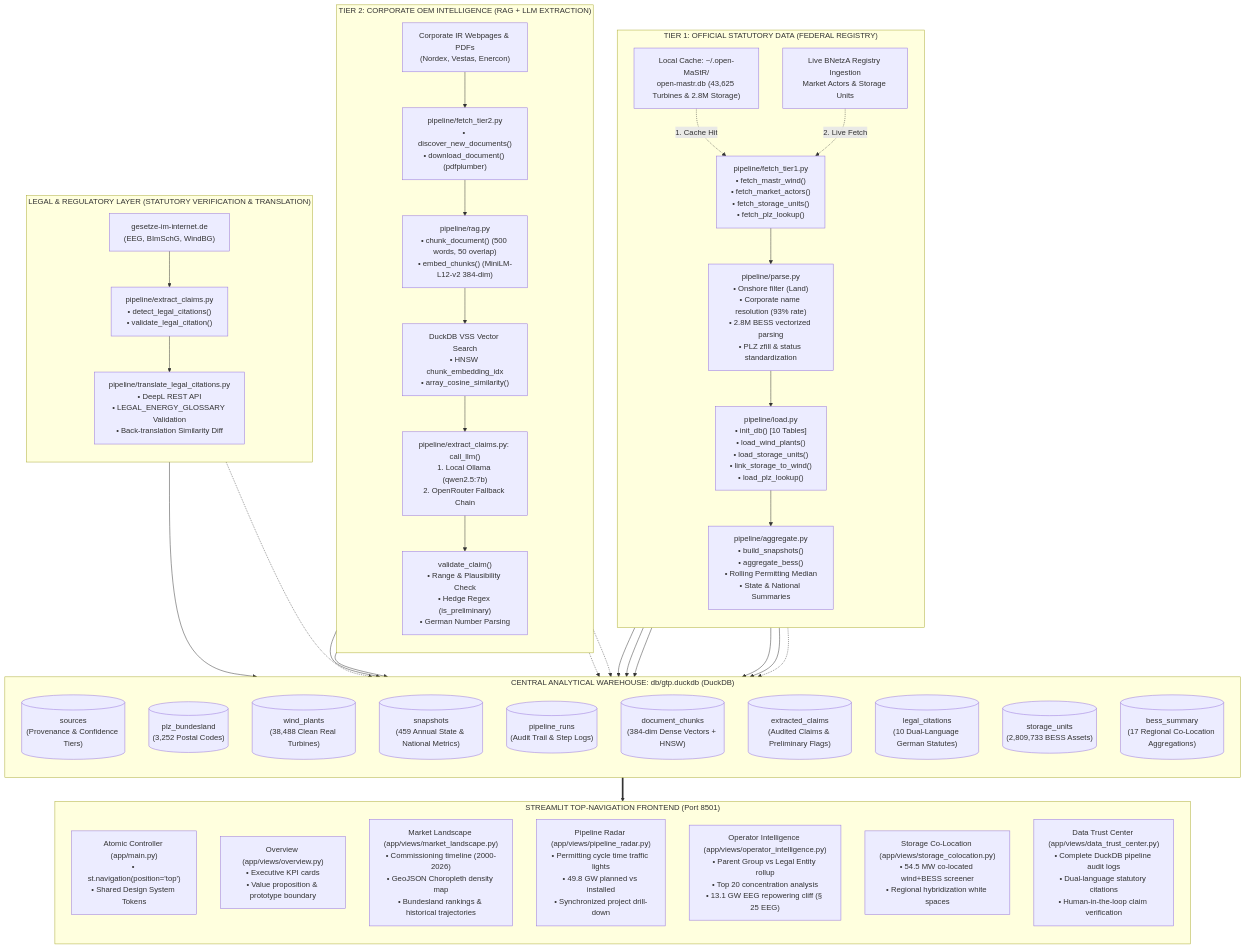
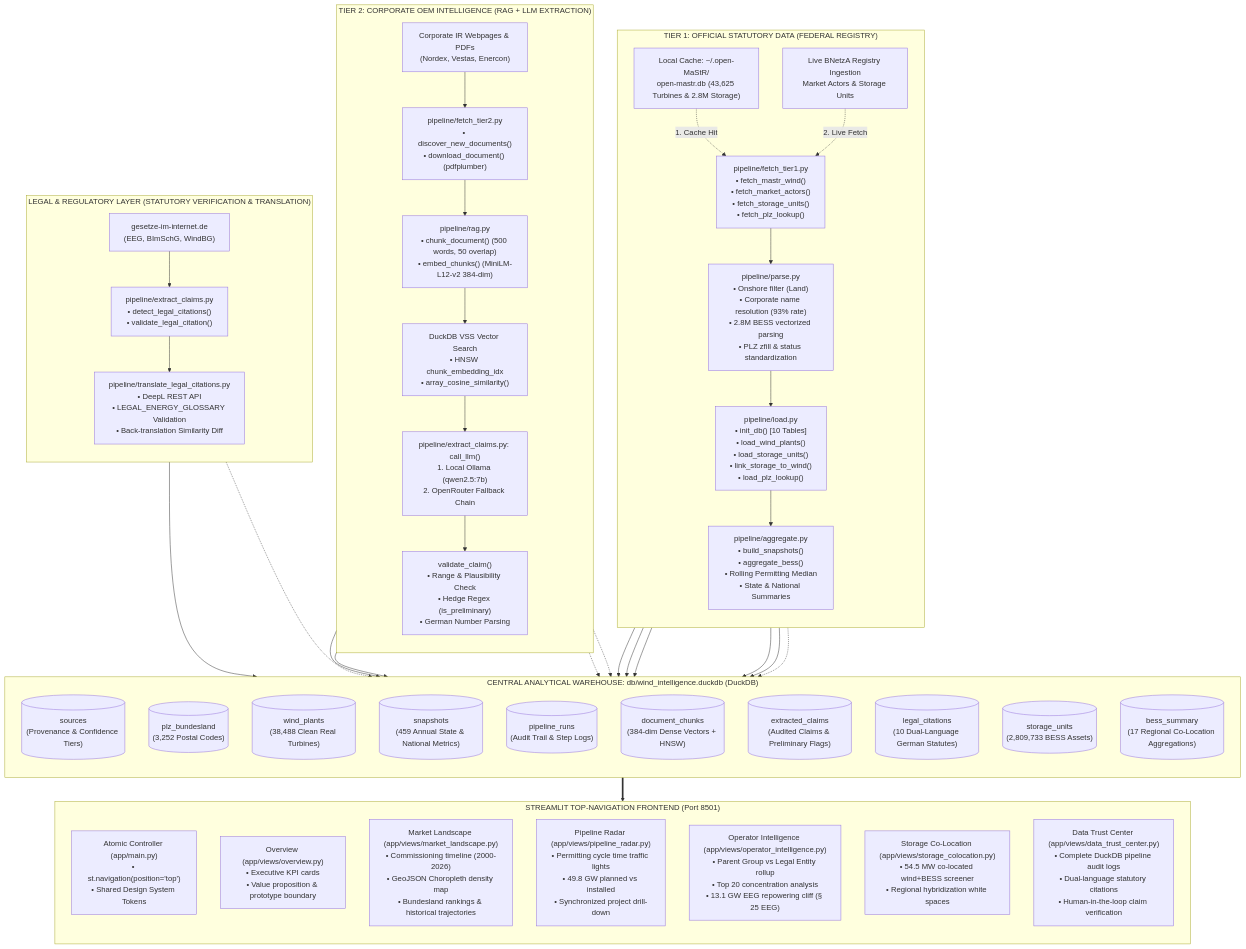
The diagram in docs/SYSTEM_ARCHITECTURE_AND_DEEP_DIVE.md (gaurav-619/gtp-wind-intelligence), drawn with Mermaid before and after one commit. The commit also changed other lines of this file and 36 other files, not shown here.

Commit message:
rebrand: remove GTP references and standardize to Wind Intelligence Platform

````diff
--- a/docs/SYSTEM_ARCHITECTURE_AND_DEEP_DIVE.md
+++ b/docs/SYSTEM_ARCHITECTURE_AND_DEEP_DIVE.md
@@ -312,74 +312,74 @@
 ```mermaid
 flowchart TD
     subgraph Tier1["TIER 1: OFFICIAL STATUTORY DATA (FEDERAL REGISTRY)"]
         direction TB
         M1_Cache["Local Cache: ~/.open-MaStR/<br/>open-mastr.db (43,625 Turbines & 2.8M Storage)"]
         M1_Live["Live BNetzA Registry Ingestion<br/>Market Actors & Storage Units"]
         
         M1_Cache -.->|1. Cache Hit| F1
         M1_Live -.->|2. Live Fetch| F1
         
         F1["pipeline/fetch_tier1.py<br/>• fetch_mastr_wind()<br/>• fetch_market_actors()<br/>• fetch_storage_units()<br/>• fetch_plz_lookup()"]
         P1["pipeline/parse.py<br/>• Onshore filter (Land)<br/>• Corporate name resolution (93% rate)<br/>• 2.8M BESS vectorized parsing<br/>• PLZ zfill & status standardization"]
         L1["pipeline/load.py<br/>• init_db() [10 Tables]<br/>• load_wind_plants()<br/>• load_storage_units()<br/>• link_storage_to_wind()<br/>• load_plz_lookup()"]
         A1["pipeline/aggregate.py<br/>• build_snapshots()<br/>• aggregate_bess()<br/>• Rolling Permitting Median<br/>• State & National Summaries"]
         
         F1 --> P1 --> L1 --> A1
     end
 
     subgraph Tier2["TIER 2: CORPORATE OEM INTELLIGENCE (RAG + LLM EXTRACTION)"]
         direction TB
         M2["Corporate IR Webpages & PDFs<br/>(Nordex, Vestas, Enercon)"] --> F2["pipeline/fetch_tier2.py<br/>• discover_new_documents()<br/>• download_document() (pdfplumber)"]
         F2 --> R2["pipeline/rag.py<br/>• chunk_document() (500 words, 50 overlap)<br/>• embed_chunks() (MiniLM-L12-v2 384-dim)"]
         R2 --> V2["DuckDB VSS Vector Search<br/>• HNSW chunk_embedding_idx<br/>• array_cosine_similarity()"]
         
         V2 --> LLM_Inference["pipeline/extract_claims.py: call_llm()<br/>1. Local Ollama (qwen2.5:7b)<br/>2. OpenRouter Fallback Chain"]
         LLM_Inference --> Val["validate_claim()<br/>• Range & Plausibility Check<br/>• Hedge Regex (is_preliminary)<br/>• German Number Parsing"]
     end
 
     subgraph Tier3["LEGAL & REGULATORY LAYER (STATUTORY VERIFICATION & TRANSLATION)"]
         direction TB
         M3["gesetze-im-internet.de<br/>(EEG, BImSchG, WindBG)"] --> F3["pipeline/extract_claims.py<br/>• detect_legal_citations()<br/>• validate_legal_citation()"]
         F3 --> Trans["pipeline/translate_legal_citations.py<br/>• DeepL REST API<br/>• LEGAL_ENERGY_GLOSSARY Validation<br/>• Back-translation Similarity Diff"]
     end
 
-    subgraph Storage["CENTRAL ANALYTICAL WAREHOUSE: db/gtp.duckdb (DuckDB)"]
+    subgraph Storage["CENTRAL ANALYTICAL WAREHOUSE: db/wind_intelligence.duckdb (DuckDB)"]
         direction TB
         T_SRC[("sources<br/>(Provenance & Confidence Tiers)")]
         T_PLZ[("plz_bundesland<br/>(3,252 Postal Codes)")]
         T_WP[("wind_plants<br/>(38,488 Clean Real Turbines)")]
         T_SNP[("snapshots<br/>(459 Annual State & National Metrics)")]
         T_RUN[("pipeline_runs<br/>(Audit Trail & Step Logs)")]
         T_CHK[("document_chunks<br/>(384-dim Dense Vectors + HNSW)")]
         T_CLM[("extracted_claims<br/>(Audited Claims & Preliminary Flags)")]
         T_LEG[("legal_citations<br/>(10 Dual-Language German Statutes)")]
         T_STO[("storage_units<br/>(2,809,733 BESS Assets)")]
         T_BES[("bess_summary<br/>(17 Regional Co-Location Aggregations)")]
     end
 
     subgraph Frontend["STREAMLIT TOP-NAVIGATION FRONTEND (Port 8501)"]
         direction TB
         UI_MAIN["Atomic Controller (app/main.py)<br/>• st.navigation(position='top')<br/>• Shared Design System Tokens"]
         UI_OVW["Overview (app/views/overview.py)<br/>• Executive KPI cards<br/>• Value proposition & prototype boundary"]
         UI_MKT["Market Landscape (app/views/market_landscape.py)<br/>• Commissioning timeline (2000-2026)<br/>• GeoJSON Choropleth density map<br/>• Bundesland rankings & historical trajectories"]
         UI_RAD["Pipeline Radar (app/views/pipeline_radar.py)<br/>• Permitting cycle time traffic lights<br/>• 49.8 GW planned vs installed<br/>• Synchronized project drill-down"]
         UI_OPS["Operator Intelligence (app/views/operator_intelligence.py)<br/>• Parent Group vs Legal Entity rollup<br/>• Top 20 concentration analysis<br/>• 13.1 GW EEG repowering cliff (§ 25 EEG)"]
         UI_BES["Storage Co-Location (app/views/storage_colocation.py)<br/>• 54.5 MW co-located wind+BESS screener<br/>• Regional hybridization white spaces"]
         UI_TRU["Data Trust Center (app/views/data_trust_center.py)<br/>• Complete DuckDB pipeline audit logs<br/>• Dual-language statutory citations<br/>• Human-in-the-loop claim verification"]
     end
 
     L1 --> T_WP
     L1 --> T_PLZ
     L1 --> T_STO
     A1 --> T_SNP
     A1 --> T_BES
     R2 --> T_CHK
     Val --> T_CLM
     Trans --> T_LEG
     F1 -.-> T_RUN
     F2 -.-> T_RUN
     Val -.-> T_RUN
     Trans -.-> T_RUN
 
     Storage ==> Frontend
 ```
````
